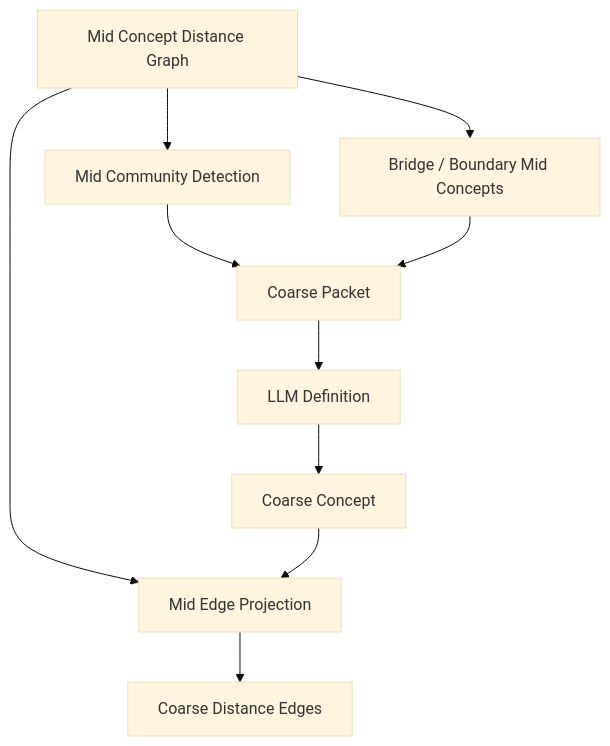
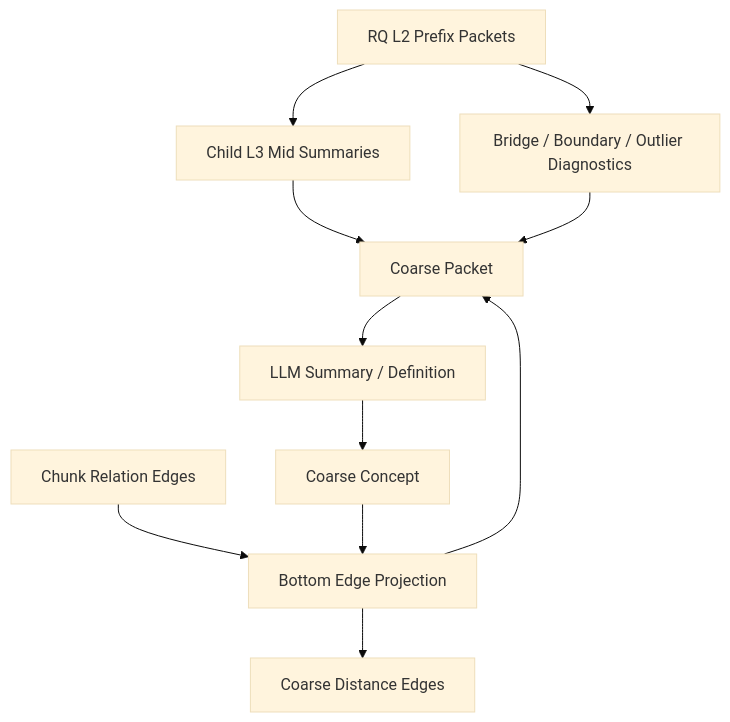
Before and after one commit to Sggggt/SymboGraph: the ninth of 11 diagrams in docs/technical-spec.md, drawn with Mermaid (base theme). The commit also changed other lines of this file and 57 other files, not shown here.

Commit message:
v1.3.1 beta: 重新划分了四层图的边界，更新了图谱生成架构

````diff
--- a/docs/technical-spec.md
+++ b/docs/technical-spec.md
@@ -1409,12 +1696,13 @@
 ```mermaid
 flowchart TB
-    MG["Mid Concept Distance Graph"] --> COM["Mid Community Detection"]
-    MG --> BR["Bridge / Boundary Mid Concepts"]
-    COM --> PACK["Coarse Packet"]
+    R2["RQ L2 Prefix Packets"] --> CH["Child L3 Mid Summaries"]
+    R2 --> BR["Bridge / Boundary / Outlier Diagnostics"]
+    CE["Chunk Relation Edges"] --> PROJ["Bottom Edge Projection"]
+    CH --> PACK["Coarse Packet"]
     BR --> PACK
-    PACK --> LLM["LLM Definition"]
+    PROJ --> PACK
+    PACK --> LLM["LLM Summary / Definition"]
     LLM --> CC["Coarse Concept"]
-    MG --> PROJ["Mid Edge Projection"]
     CC --> PROJ
-    PROJ --> CE["Coarse Distance Edges"]
+    PROJ --> CEdge["Coarse Distance Edges"]
 ```
````
